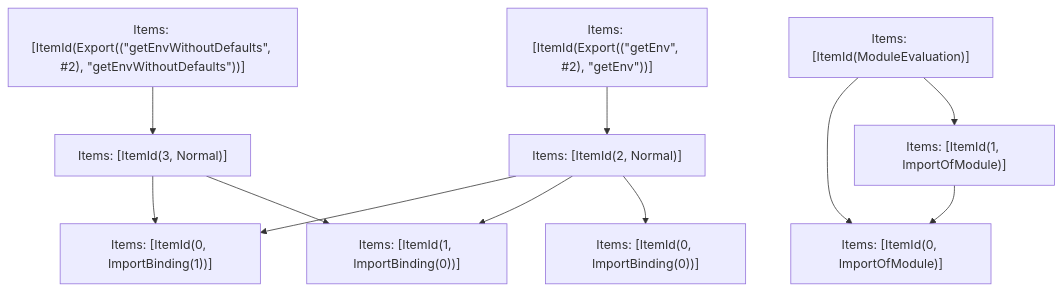
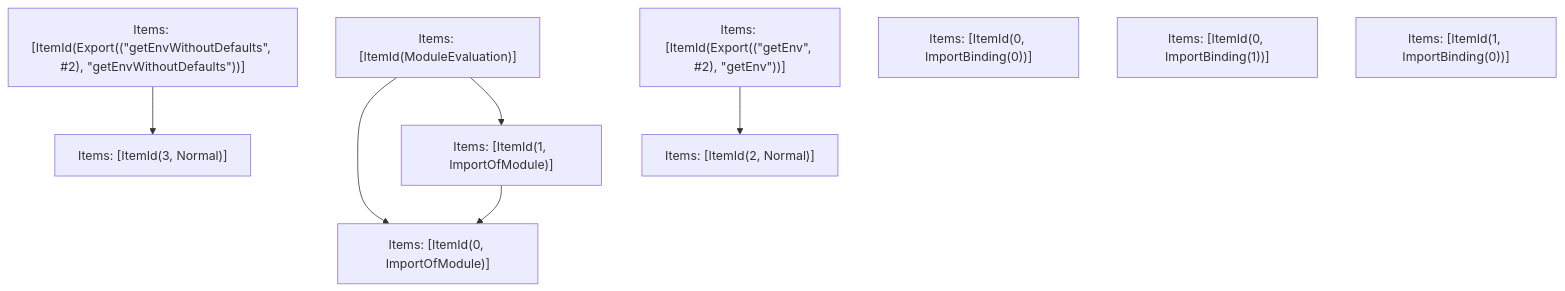
The fifth of 5 diagrams in turbopack/crates/turbopack-ecmascript/tests/tree-shaker/analyzer/otel-core/output.md (phidol/next.js), drawn with Mermaid before and after one commit. The commit also changed other lines of this file and 64 other files, not shown here.

````diff
--- a/turbopack/crates/turbopack-ecmascript/tests/tree-shaker/analyzer/otel-core/output.md
+++ b/turbopack/crates/turbopack-ecmascript/tests/tree-shaker/analyzer/otel-core/output.md
@@ -175,23 +175,18 @@
 ```mermaid
 graph TD
-    N0["Items: [ItemId(0, ImportBinding(0))]"];
-    N1["Items: [ItemId(1, ImportBinding(0))]"];
-    N2["Items: [ItemId(0, ImportBinding(1))]"];
+    N0["Items: [ItemId(0, ImportOfModule)]"];
+    N1["Items: [ItemId(1, ImportOfModule)]"];
+    N2["Items: [ItemId(ModuleEvaluation)]"];
     N3["Items: [ItemId(3, Normal)]"];
     N4["Items: [ItemId(Export((&quot;getEnvWithoutDefaults&quot;, #2), &quot;getEnvWithoutDefaults&quot;))]"];
     N5["Items: [ItemId(2, Normal)]"];
     N6["Items: [ItemId(Export((&quot;getEnv&quot;, #2), &quot;getEnv&quot;))]"];
-    N7["Items: [ItemId(0, ImportOfModule)]"];
-    N8["Items: [ItemId(1, ImportOfModule)]"];
-    N9["Items: [ItemId(ModuleEvaluation)]"];
-    N8 --> N7;
+    N7["Items: [ItemId(0, ImportBinding(0))]"];
+    N8["Items: [ItemId(0, ImportBinding(1))]"];
+    N9["Items: [ItemId(1, ImportBinding(0))]"];
+    N1 --> N0;
     N6 --> N5;
     N4 --> N3;
-    N5 --> N2;
-    N5 --> N1;
-    N5 --> N0;
-    N3 --> N2;
-    N3 --> N1;
-    N9 --> N7;
-    N9 --> N8;
+    N2 --> N0;
+    N2 --> N1;
 ```
````
